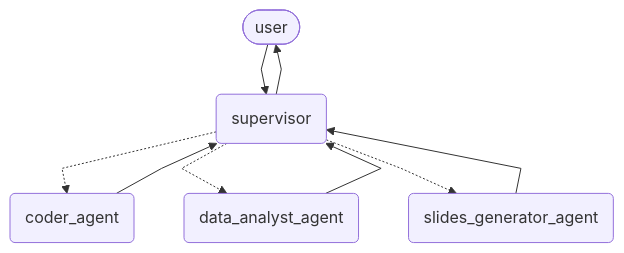
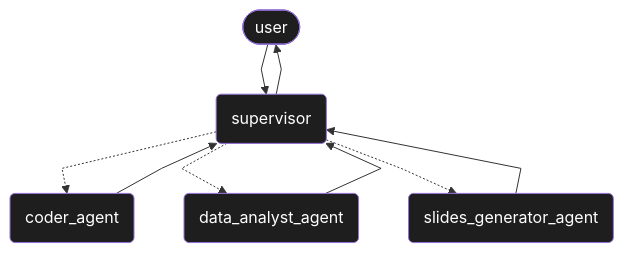
Before and after one commit to cintiaching/ai-data-scientist: the diagram in README.md, drawn with Mermaid.

````diff
--- a/README.md
+++ b/README.md
@@ -14,21 +14,21 @@
 ```mermaid
 %%{init: {'flowchart': {'curve': 'linear'}}}%%
 graph TD
 ;
     user([user])
     supervisor(supervisor)
     data_analyst_agent(data_analyst_agent)
     coder_agent(coder_agent)
     slides_generator_agent(slides_generator_agent)
     user --> supervisor;
     supervisor --> user;
     coder_agent --> supervisor;
     data_analyst_agent --> supervisor;
     slides_generator_agent --> supervisor;
     supervisor -.-> coder_agent;
     supervisor -.-> data_analyst_agent;
     supervisor -.-> slides_generator_agent;
-    classDef default fill: #f2f0ff, line-height: 1.2
+    classDef default fill: #1e1e1e, color: #ffffff, line-height: 1.2
     classDef first fill-opacity: 0
-    classDef last fill: #bfb6fc
+    classDef last fill: #3f3f3f, color: #ffffff
 ```
````
